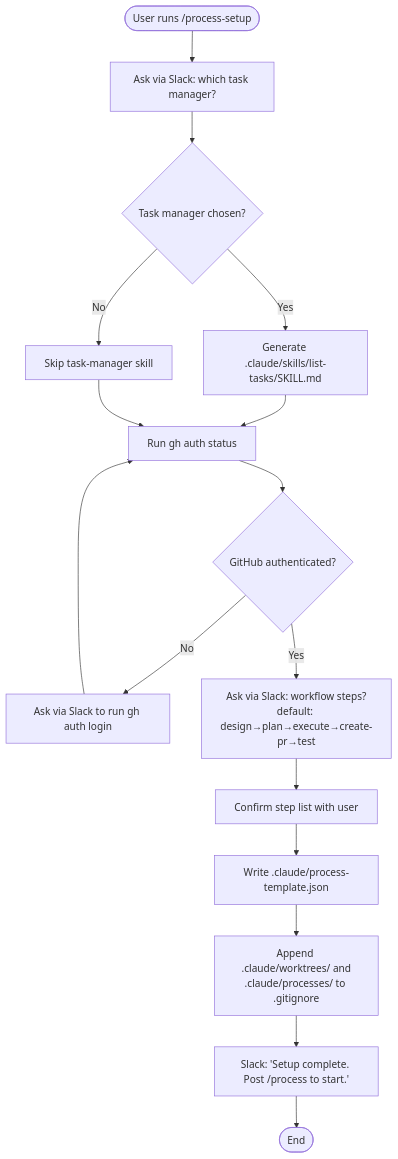
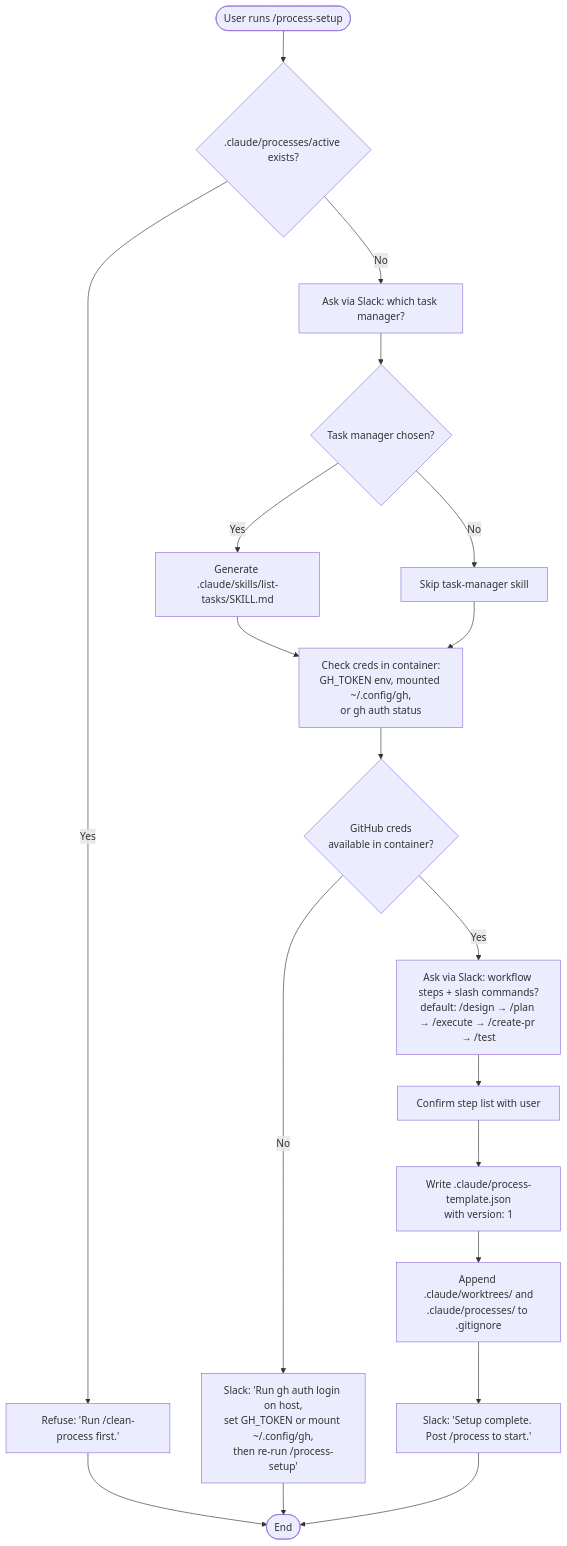
The first of 3 diagrams in plans/full-process-plugin.md (tomeraitz/claude-slack-bridge), drawn with Mermaid before and after one commit. The commit also changed other lines of this file, not shown here.

First line of the commit message:
feat: refine workflow orchestration and command structure in full-process-plugin

````diff
--- a/plans/full-process-plugin.md
+++ b/plans/full-process-plugin.md
@@ -357,18 +453,19 @@
 ```mermaid
 flowchart TD
-    A([User runs /process-setup]) --> B[Ask via Slack: which task manager?]
+    A([User runs /process-setup]) --> A0{.claude/processes/active exists?}
+    A0 -- Yes --> A0Y[Refuse: 'Run /clean-process first.'] --> Z([End])
+    A0 -- No --> B[Ask via Slack: which task manager?]
     B --> C{Task manager chosen?}
     C -- Yes --> D[Generate .claude/skills/list-tasks/SKILL.md]
     C -- No  --> E[Skip task-manager skill]
-    D --> F[Run gh auth status]
+    D --> F[Check creds in container:<br/>GH_TOKEN env, mounted ~/.config/gh,<br/>or gh auth status]
     E --> F
-    F --> G{GitHub authenticated?}
-    G -- No  --> H[Ask via Slack to run gh auth login]
-    H --> F
-    G -- Yes --> I[Ask via Slack: workflow steps?<br/>default: design→plan→execute→create-pr→test]
+    F --> G{GitHub creds<br/>available in container?}
+    G -- No  --> H[Slack: 'Run gh auth login on host,<br/>set GH_TOKEN or mount ~/.config/gh,<br/>then re-run /process-setup'] --> Z
+    G -- Yes --> I[Ask via Slack: workflow steps + slash commands?<br/>default: /design → /plan → /execute → /create-pr → /test]
     I --> J[Confirm step list with user]
-    J --> K[Write .claude/process-template.json]
+    J --> K[Write .claude/process-template.json<br/>with version: 1]
     K --> L[Append .claude/worktrees/ and<br/>.claude/processes/ to .gitignore]
     L --> M[Slack: 'Setup complete. Post /process to start.']
-    M --> Z([End])
+    M --> Z
 ```
````
